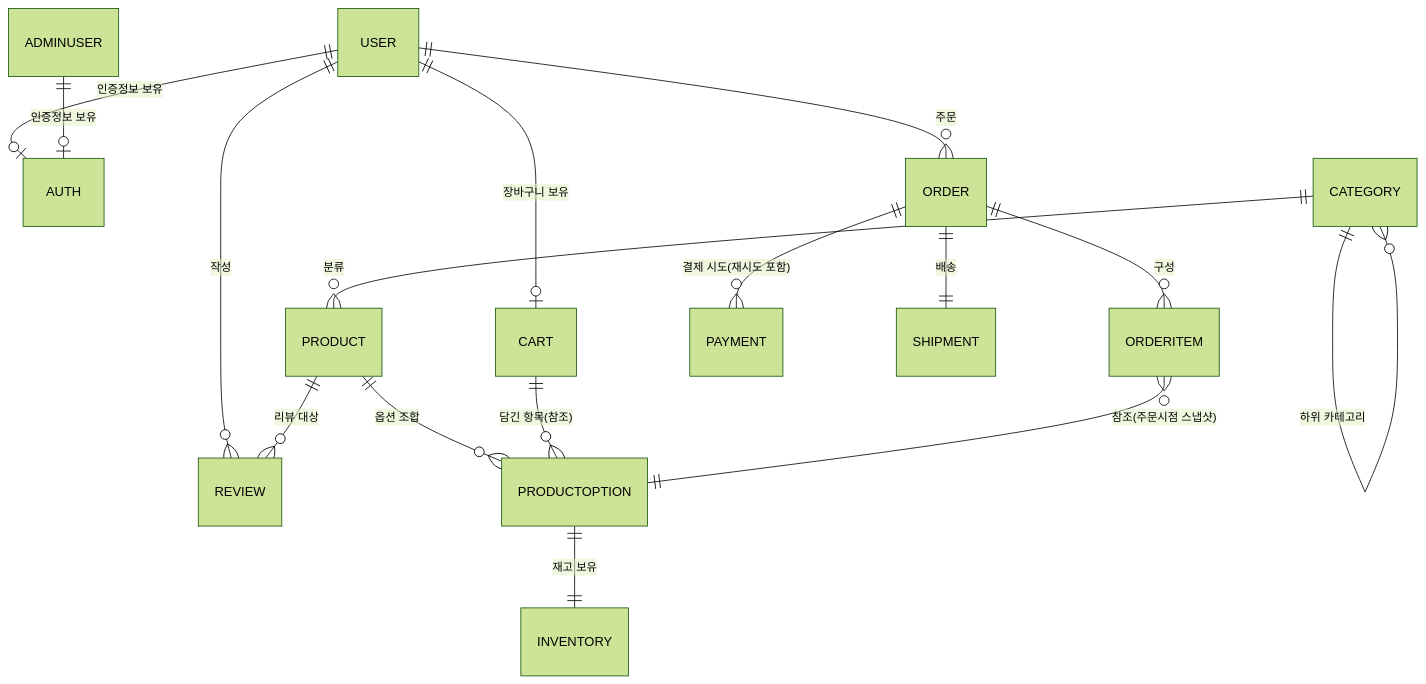
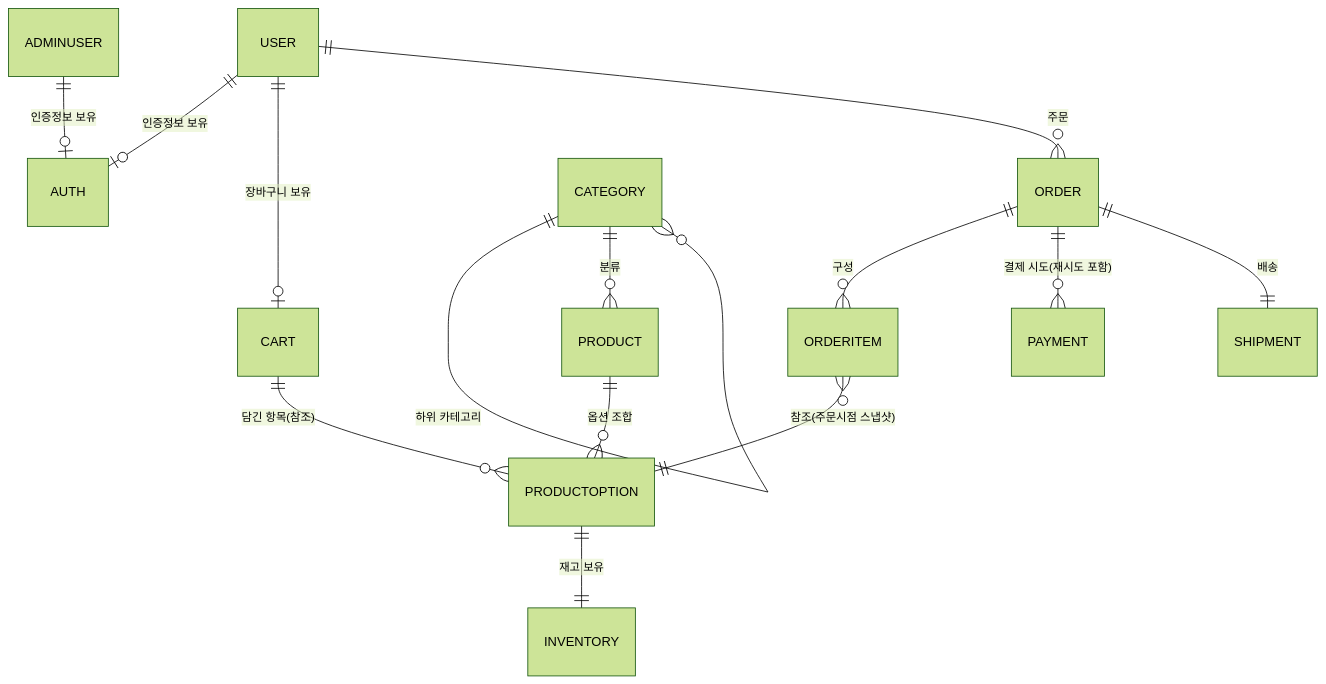
The first of 4 diagrams in docs/02_design/02_domain/domain-model.md (BenJLeeKR/ecommerce_system), drawn with Mermaid (forest theme) before and after one commit. The commit also changed other lines of this file and 4 other files, not shown here.

````diff
--- a/docs/02_design/02_domain/domain-model.md
+++ b/docs/02_design/02_domain/domain-model.md
@@ -25,21 +25,19 @@
 ```mermaid
 erDiagram
     USER ||--o| AUTH : "인증정보 보유"
     ADMINUSER ||--o| AUTH : "인증정보 보유"
     USER ||--o| CART : "장바구니 보유"
     USER ||--o{ ORDER : "주문"
-    USER ||--o{ REVIEW : "작성"
 
     CATEGORY ||--o{ CATEGORY : "하위 카테고리"
     CATEGORY ||--o{ PRODUCT : "분류"
     PRODUCT ||--o{ PRODUCTOPTION : "옵션 조합"
-    PRODUCT ||--o{ REVIEW : "리뷰 대상"
     PRODUCTOPTION ||--|| INVENTORY : "재고 보유"
 
     CART ||--o{ PRODUCTOPTION : "담긴 항목(참조)"
 
     ORDER ||--o{ ORDERITEM : "구성"
     ORDERITEM }o--|| PRODUCTOPTION : "참조(주문시점 스냅샷)"
     ORDER ||--o{ PAYMENT : "결제 시도(재시도 포함)"
     ORDER ||--|| SHIPMENT : "배송"
 ```
````
